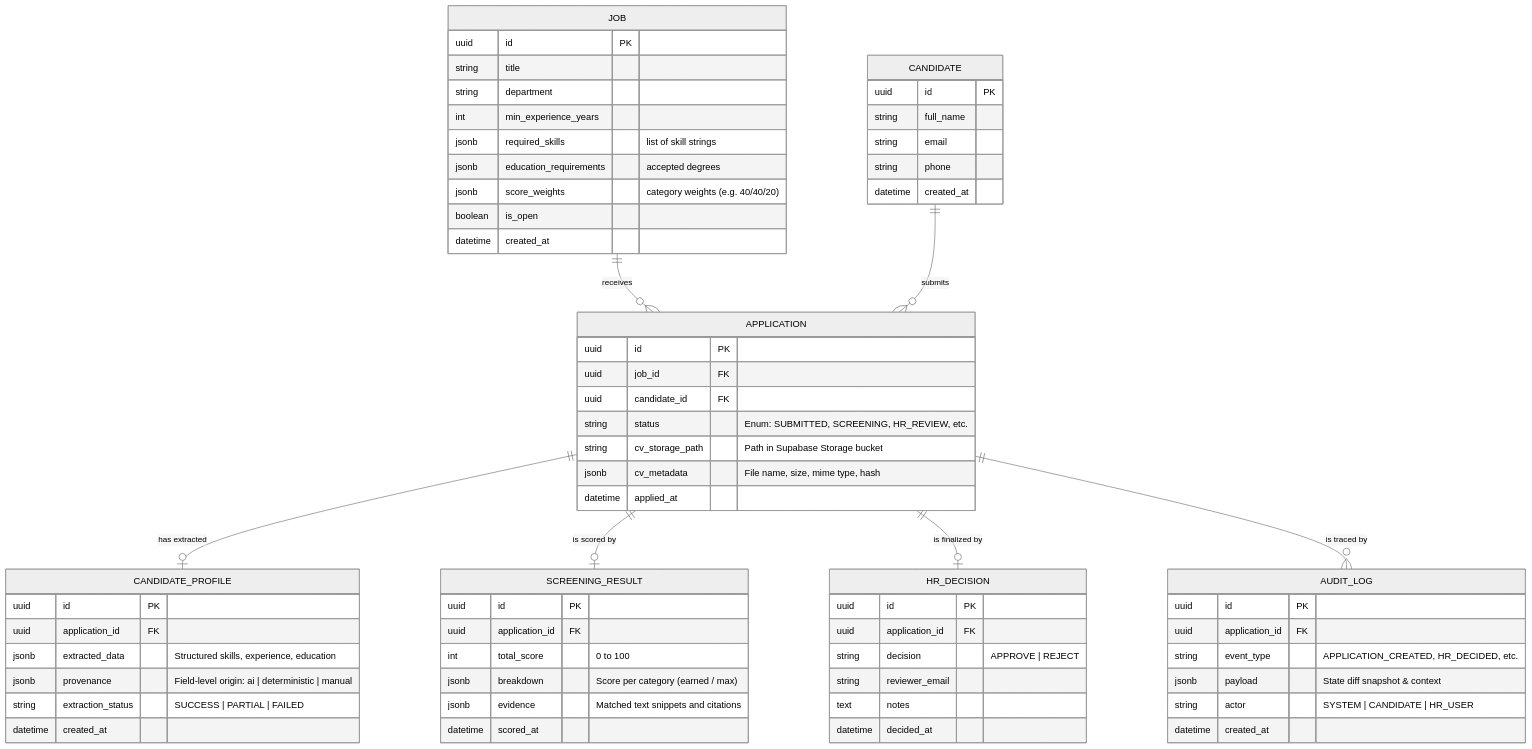
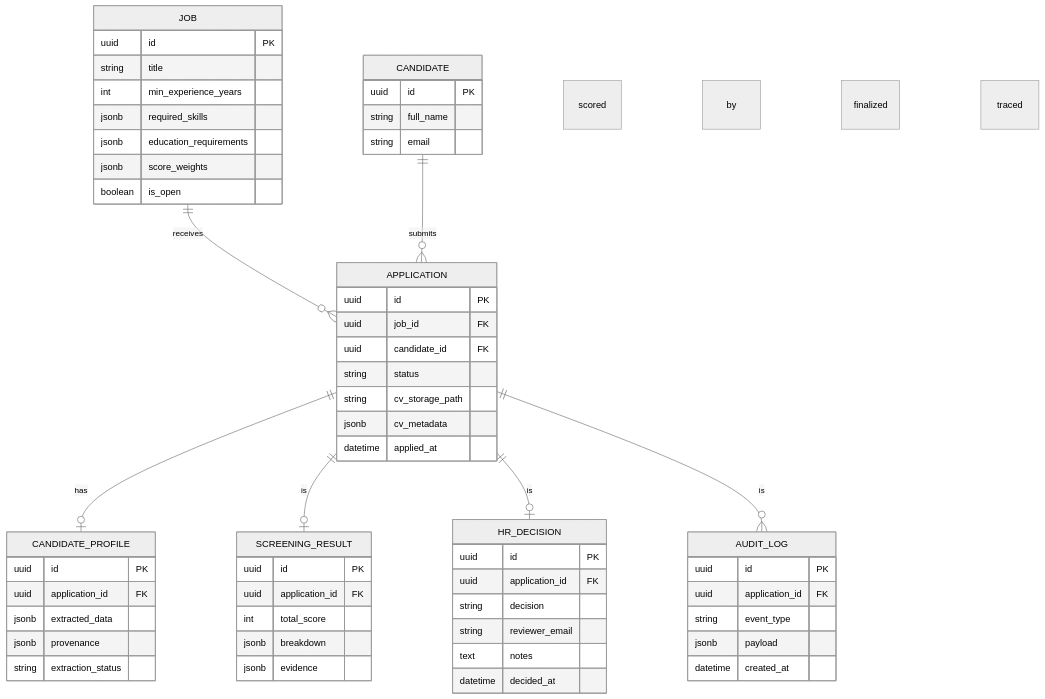
One commit to natasya744/AI-Assisted-HR-Recruitment-Screening-Platform changed the fifth of 5 diagrams in DOCS/architecture.md. Above: the diagram before and after it, drawn with Mermaid (neutral theme). The commit also changed other lines of this file and 14 other files, not shown here.

Commit message:
refactor: restructure backend project and update documentation flow

````diff
--- a/DOCS/architecture.md
+++ b/DOCS/architecture.md
@@ -351,75 +242,62 @@
 ```mermaid
 erDiagram
-    JOB ||--o{ APPLICATION : "receives"
-    CANDIDATE ||--o{ APPLICATION : "submits"
-    APPLICATION ||--o| CANDIDATE_PROFILE : "has extracted"
-    APPLICATION ||--o| SCREENING_RESULT : "is scored by"
-    APPLICATION ||--o| HR_DECISION : "is finalized by"
-    APPLICATION ||--o{ AUDIT_LOG : "is traced by"
+    JOB ||--o{ APPLICATION : receives
+    CANDIDATE ||--o{ APPLICATION : submits
+    APPLICATION ||--o| CANDIDATE_PROFILE : has
+    APPLICATION ||--o| SCREENING_RESULT : is scored by
+    APPLICATION ||--o| HR_DECISION : is finalized by
+    APPLICATION ||--o{ AUDIT_LOG : is traced by
 
     JOB {
         uuid id PK
         string title
-        string department
         int min_experience_years
-        jsonb required_skills "list of skill strings"
-        jsonb education_requirements "accepted degrees"
-        jsonb score_weights "category weights (e.g. 40/40/20)"
+        jsonb required_skills
+        jsonb education_requirements
+        jsonb score_weights
         boolean is_open
-        datetime created_at
     }
-
     CANDIDATE {
         uuid id PK
         string full_name
         string email
-        string phone
-        datetime created_at
     }
-
     APPLICATION {
         uuid id PK
         uuid job_id FK
         uuid candidate_id FK
-        string status "Enum: SUBMITTED, SCREENING, HR_REVIEW, etc."
-        string cv_storage_path "Path in Supabase Storage bucket"
-        jsonb cv_metadata "File name, size, mime type, hash"
+        string status
+        string cv_storage_path
+        jsonb cv_metadata
         datetime applied_at
     }
-
     CANDIDATE_PROFILE {
         uuid id PK
         uuid application_id FK
-        jsonb extracted_data "Structured skills, experience, education"
-        jsonb provenance "Field-level origin: ai | deterministic | manual"
-        string extraction_status "SUCCESS | PARTIAL | FAILED"
-        datetime created_at
+        jsonb extracted_data
+        jsonb provenance
+        string extraction_status
     }
-
     SCREENING_RESULT {
         uuid id PK
         uuid application_id FK
-        int total_score "0 to 100"
-        jsonb breakdown "Score per category (earned / max)"
-        jsonb evidence "Matched text snippets and citations"
-        datetime scored_at
+        int total_score
+        jsonb breakdown
+        jsonb evidence
     }
-
     HR_DECISION {
         uuid id PK
         uuid application_id FK
-        string decision "APPROVE | REJECT"
+        string decision
         string reviewer_email
         text notes
         datetime decided_at
     }
-
     AUDIT_LOG {
         uuid id PK
         uuid application_id FK
-        string event_type "APPLICATION_CREATED, HR_DECIDED, etc."
-        jsonb payload "State diff snapshot & context"
-        string actor "SYSTEM | CANDIDATE | HR_USER"
+        string event_type
+        jsonb payload
         datetime created_at
     }
 ```
````
